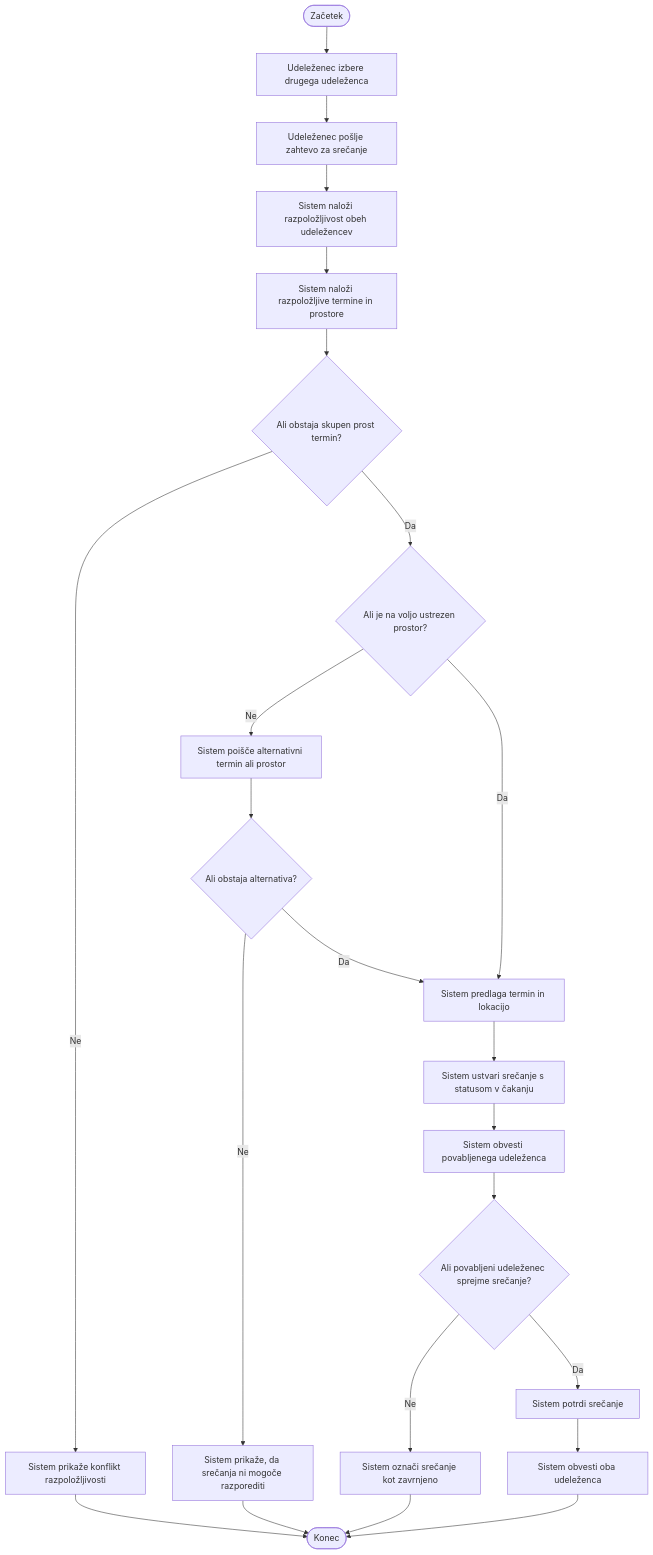
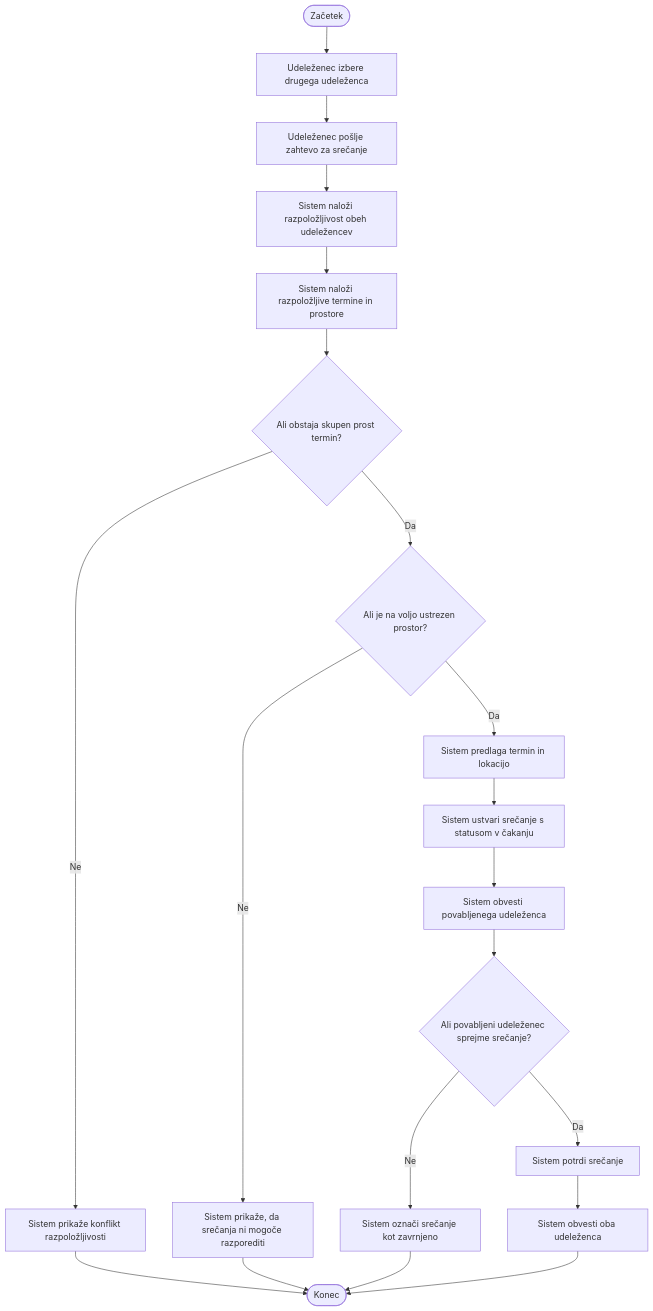
One commit to nikop36/confera changed the second of 5 diagrams in docs/Activity diagram/README.md. Above: the diagram before and after it, drawn with Mermaid.

Commit message:
[edit] Activity Prostor nerazumljivost

````diff
--- a/docs/Activity diagram/README.md
+++ b/docs/Activity diagram/README.md
@@ -38,32 +38,28 @@
 ```mermaid
 flowchart TD
     A([Začetek]) --> B["Udeleženec izbere drugega udeleženca"]
     B --> C["Udeleženec pošlje zahtevo za srečanje"]
     C --> D["Sistem naloži razpoložljivost obeh udeležencev"]
     D --> E["Sistem naloži razpoložljive termine in prostore"]
     E --> F{"Ali obstaja skupen prost termin?"}
 
     F -- "Ne" --> G["Sistem prikaže konflikt razpoložljivosti"]
     G --> Z([Konec])
 
     F -- "Da" --> H{"Ali je na voljo ustrezen prostor?"}
-    H -- "Ne" --> I["Sistem poišče alternativni termin ali prostor"]
-    I --> J{"Ali obstaja alternativa?"}
-
-    J -- "Ne" --> K["Sistem prikaže, da srečanja ni mogoče razporediti"]
+    H -- "Ne" --> K["Sistem prikaže, da srečanja ni mogoče razporediti"]
     K --> Z
 
-    J -- "Da" --> L["Sistem predlaga termin in lokacijo"]
-    H -- "Da" --> L
+    H -- "Da" --> L["Sistem predlaga termin in lokacijo"]
 
     L --> M["Sistem ustvari srečanje s statusom v čakanju"]
     M --> N["Sistem obvesti povabljenega udeleženca"]
     N --> O{"Ali povabljeni udeleženec sprejme srečanje?"}
 
     O -- "Ne" --> P["Sistem označi srečanje kot zavrnjeno"]
     P --> Z
 
     O -- "Da" --> Q["Sistem potrdi srečanje"]
     Q --> R["Sistem obvesti oba udeleženca"]
     R --> Z
 ```
````
